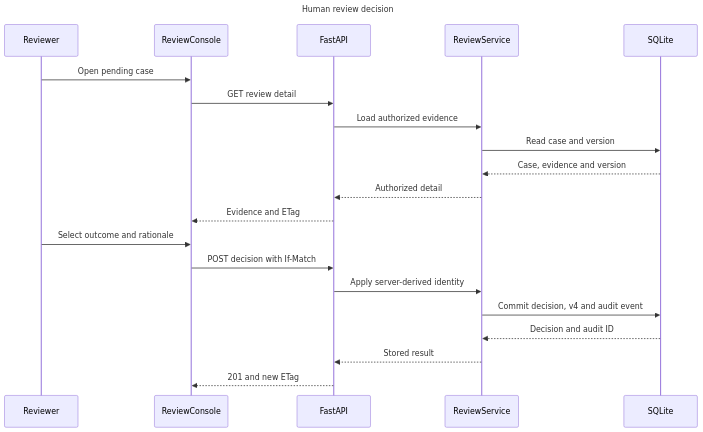
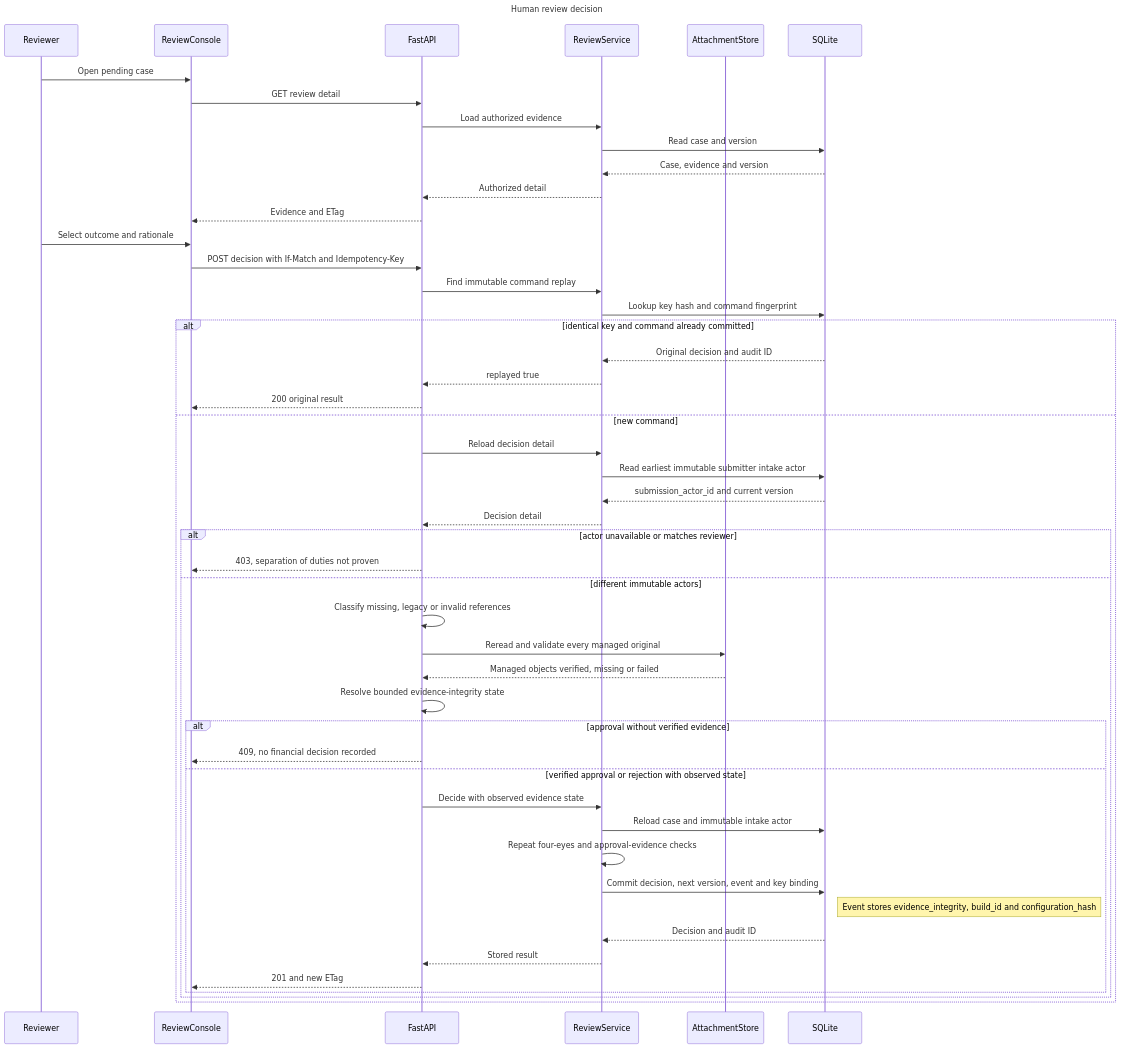
Before and after one commit to Dev-Luigy/automation_luigygabriel: the fifth of 8 diagrams in docs/diagrams.md, drawn with Mermaid. The commit also changed other lines of this file and 10 other files, not shown here.

Commit message:
docs: align architecture and traceability model

````diff
--- a/docs/diagrams.md
+++ b/docs/diagrams.md
@@ -229,24 +344,52 @@
 ```mermaid
 sequenceDiagram
     title Human review decision
     participant Reviewer
     participant ReviewConsole
     participant FastAPI
     participant ReviewService
+    participant AttachmentStore
     participant SQLite
 
     Reviewer->>ReviewConsole: Open pending case
     ReviewConsole->>FastAPI: GET review detail
     FastAPI->>ReviewService: Load authorized evidence
     ReviewService->>SQLite: Read case and version
     SQLite-->>ReviewService: Case, evidence and version
     ReviewService-->>FastAPI: Authorized detail
     FastAPI-->>ReviewConsole: Evidence and ETag
     Reviewer->>ReviewConsole: Select outcome and rationale
-    ReviewConsole->>FastAPI: POST decision with If-Match
-    FastAPI->>ReviewService: Apply server-derived identity
-    ReviewService->>SQLite: Commit decision, v4 and audit event
-    SQLite-->>ReviewService: Decision and audit ID
-    ReviewService-->>FastAPI: Stored result
-    FastAPI-->>ReviewConsole: 201 and new ETag
+    ReviewConsole->>FastAPI: POST decision with If-Match and Idempotency-Key
+    FastAPI->>ReviewService: Find immutable command replay
+    ReviewService->>SQLite: Lookup key hash and command fingerprint
+    alt identical key and command already committed
+        SQLite-->>ReviewService: Original decision and audit ID
+        ReviewService-->>FastAPI: replayed true
+        FastAPI-->>ReviewConsole: 200 original result
+    else new command
+        FastAPI->>ReviewService: Reload decision detail
+        ReviewService->>SQLite: Read earliest immutable submitter intake actor
+        SQLite-->>ReviewService: submission_actor_id and current version
+        ReviewService-->>FastAPI: Decision detail
+        alt actor unavailable or matches reviewer
+            FastAPI-->>ReviewConsole: 403, separation of duties not proven
+        else different immutable actors
+            FastAPI->>FastAPI: Classify missing, legacy or invalid references
+            FastAPI->>AttachmentStore: Reread and validate every managed original
+            AttachmentStore-->>FastAPI: Managed objects verified, missing or failed
+            FastAPI->>FastAPI: Resolve bounded evidence-integrity state
+            alt approval without verified evidence
+                FastAPI-->>ReviewConsole: 409, no financial decision recorded
+            else verified approval or rejection with observed state
+                FastAPI->>ReviewService: Decide with observed evidence state
+                ReviewService->>SQLite: Reload case and immutable intake actor
+                ReviewService->>ReviewService: Repeat four-eyes and approval-evidence checks
+                ReviewService->>SQLite: Commit decision, next version, event and key binding
+                Note right of SQLite: Event stores evidence_integrity, build_id and configuration_hash
+                SQLite-->>ReviewService: Decision and audit ID
+                ReviewService-->>FastAPI: Stored result
+                FastAPI-->>ReviewConsole: 201 and new ETag
+            end
+        end
+    end
 ```
````
